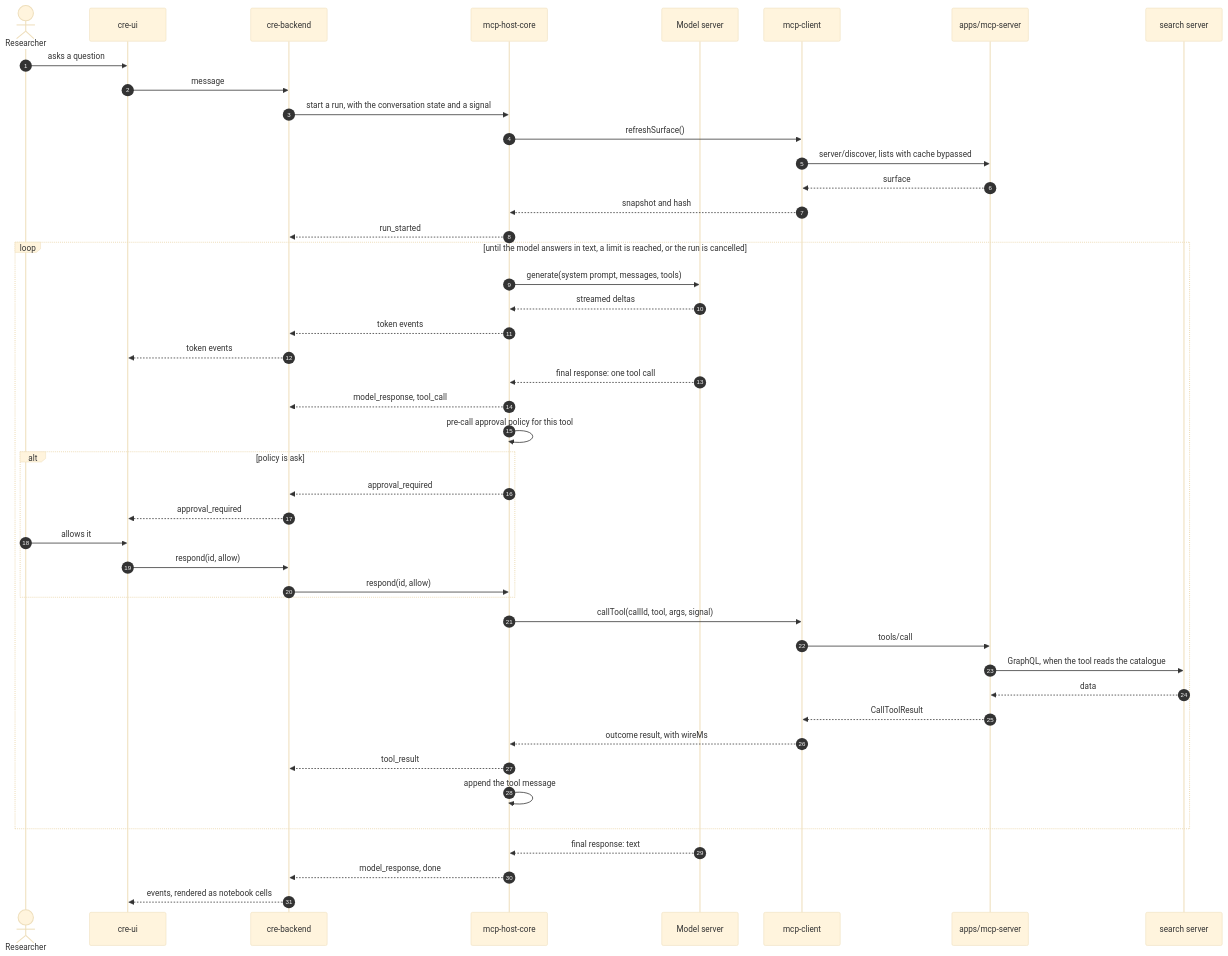
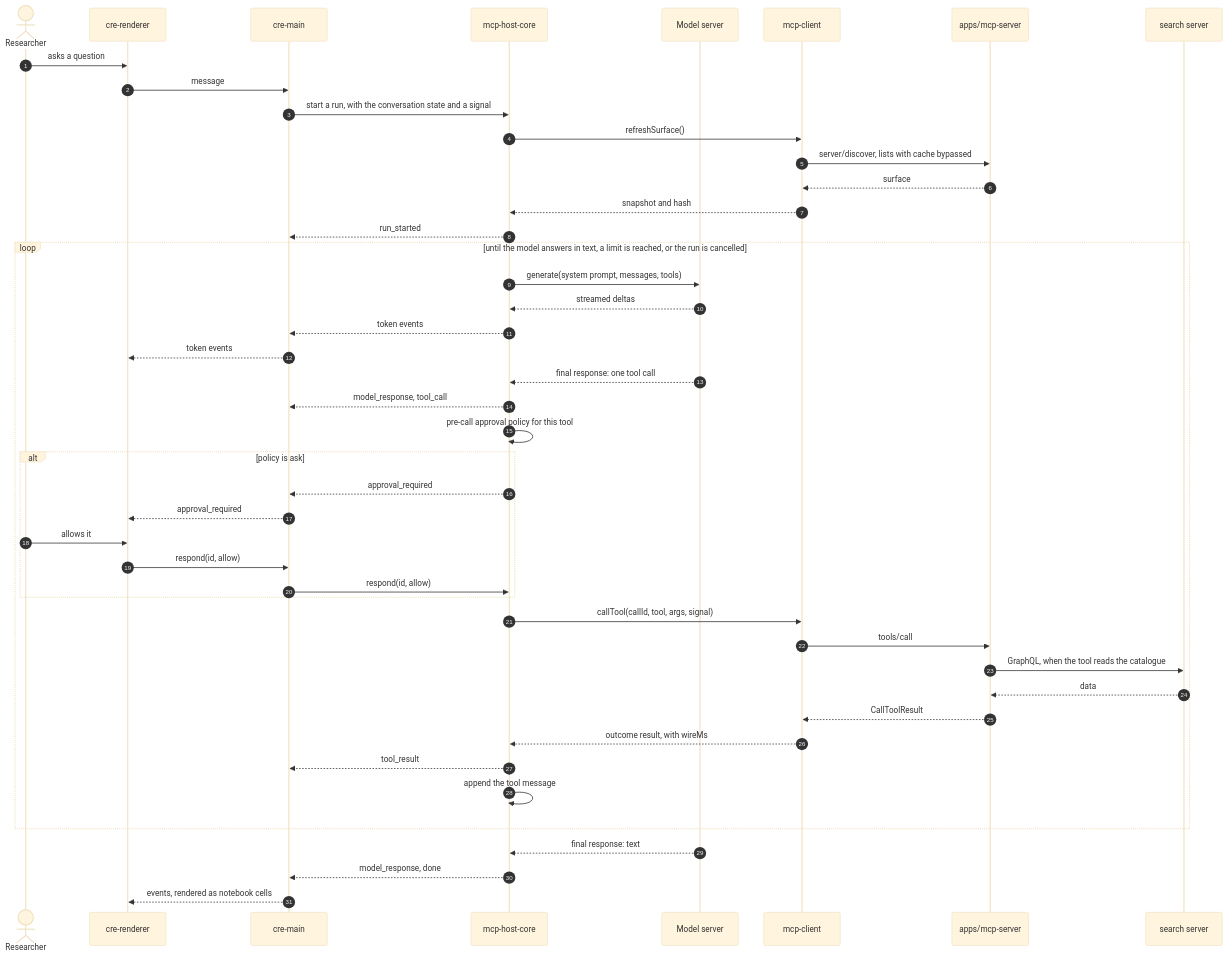
One commit to overture-stack/arranger changed the third of 5 diagrams in .dev/docs/mcp-host/architecture.md. Above: the diagram before and after it, drawn with Mermaid (base theme). The commit also changed other lines of this file and 7 other files, not shown here.

````diff
--- a/.dev/docs/mcp-host/architecture.md
+++ b/.dev/docs/mcp-host/architecture.md
@@ -132,48 +131,48 @@
 ```mermaid
 sequenceDiagram
     autonumber
     actor P as Researcher
-    participant UI as cre-ui
-    participant CS as cre-backend
+    participant UI as cre-renderer
+    participant CS as cre-main
     participant HC as mcp-host-core
     participant LLM as Model server
     participant MC as mcp-client
     participant MS as apps/mcp-server
     participant SS as search server
 
     P->>UI: asks a question
     UI->>CS: message
     CS->>HC: start a run, with the conversation state and a signal
     HC->>MC: refreshSurface()
     MC->>MS: server/discover, lists with cache bypassed
     MS-->>MC: surface
     MC-->>HC: snapshot and hash
     HC-->>CS: run_started
     loop until the model answers in text, a limit is reached, or the run is cancelled
         HC->>LLM: generate(system prompt, messages, tools)
         LLM-->>HC: streamed deltas
         HC-->>CS: token events
         CS-->>UI: token events
         LLM-->>HC: final response: one tool call
         HC-->>CS: model_response, tool_call
         HC->>HC: pre-call approval policy for this tool
         alt policy is ask
             HC-->>CS: approval_required
             CS-->>UI: approval_required
             P->>UI: allows it
             UI->>CS: respond(id, allow)
             CS->>HC: respond(id, allow)
         end
         HC->>MC: callTool(callId, tool, args, signal)
         MC->>MS: tools/call
         MS->>SS: GraphQL, when the tool reads the catalogue
         SS-->>MS: data
         MS-->>MC: CallToolResult
         MC-->>HC: outcome result, with wireMs
         HC-->>CS: tool_result
         HC->>HC: append the tool message
     end
     LLM-->>HC: final response: text
     HC-->>CS: model_response, done
     CS-->>UI: events, rendered as notebook cells
 ```
````
